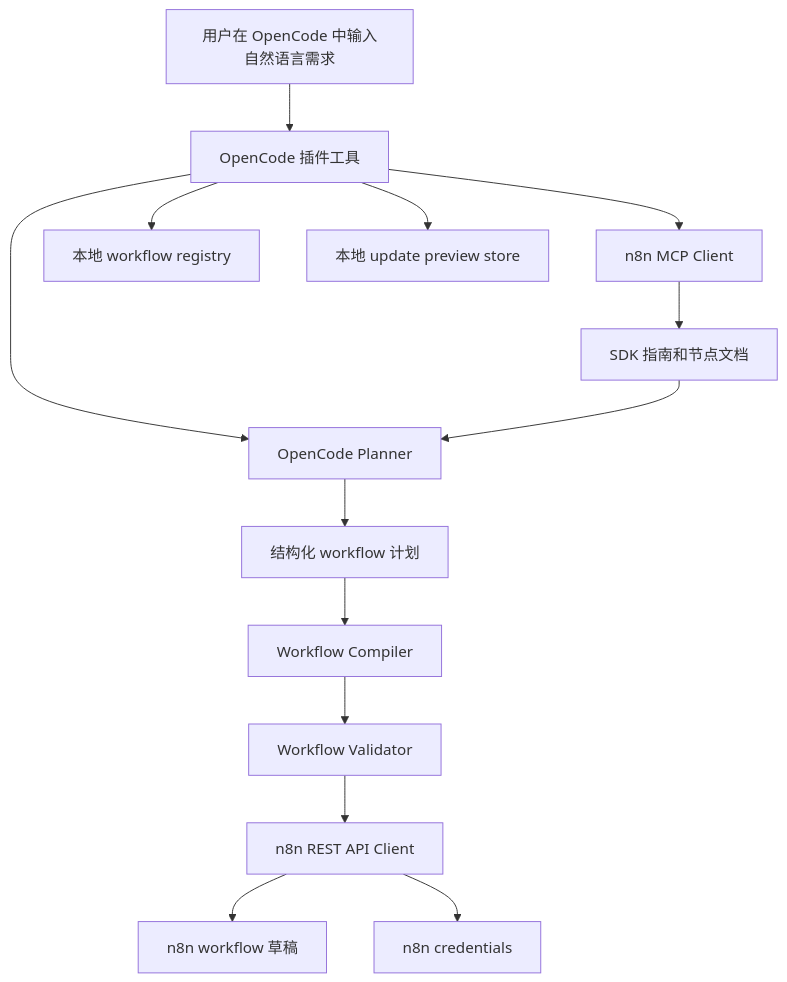
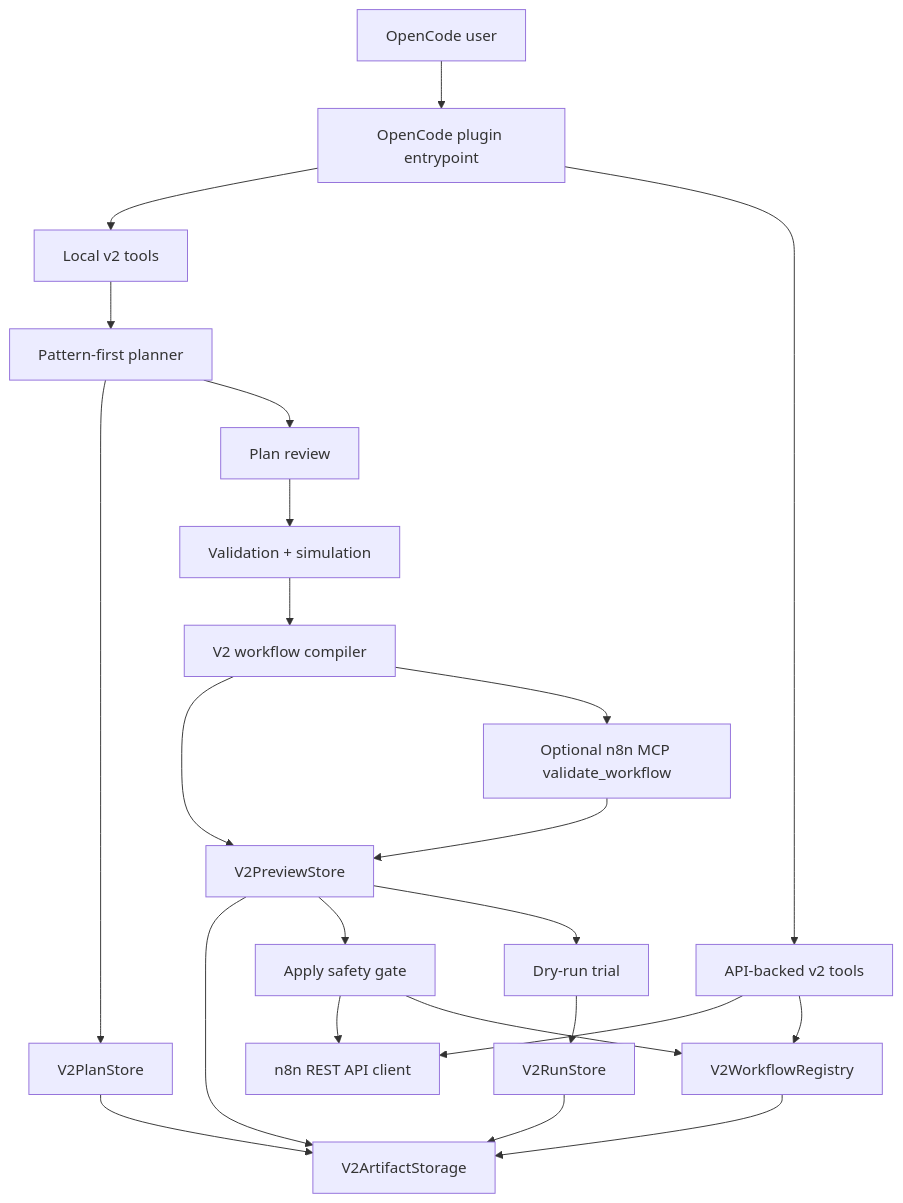
Before and after one commit to Drew1811266/OCN8N: the diagram in README.md, drawn with Mermaid. The commit also changed other lines of this file, not shown here.

````diff
--- a/README.md
+++ b/README.md
@@ -233,16 +195,31 @@
 ```mermaid
 flowchart TD
-  User["用户在 OpenCode 中输入自然语言需求"] --> Plugin["OpenCode 插件工具"]
-  Plugin --> MCP["n8n MCP Client"]
-  Plugin --> Planner["OpenCode Planner"]
-  MCP --> NodeDocs["SDK 指南和节点文档"]
-  NodeDocs --> Planner
-  Planner --> Plan["结构化 workflow 计划"]
-  Plan --> Compiler["Workflow Compiler"]
-  Compiler --> Validator["Workflow Validator"]
-  Validator --> API["n8n REST API Client"]
-  API --> N8N["n8n workflow 草稿"]
-  API --> Credentials["n8n credentials"]
-  Plugin --> Registry["本地 workflow registry"]
-  Plugin --> PreviewStore["本地 update preview store"]
+  User["OpenCode user"] --> Plugin["OpenCode plugin entrypoint"]
+  Plugin --> LocalTools["Local v2 tools"]
+  Plugin --> ApiTools["API-backed v2 tools"]
+
+  LocalTools --> Planner["Pattern-first planner"]
+  Planner --> PlanStore["V2PlanStore"]
+  PlanStore --> Storage["V2ArtifactStorage"]
+
+  Planner --> Review["Plan review"]
+  Review --> Simulation["Validation + simulation"]
+  Simulation --> Compiler["V2 workflow compiler"]
+  Compiler --> PreviewStore["V2PreviewStore"]
+  PreviewStore --> Storage
+
+  Compiler --> McpValidation["Optional n8n MCP validate_workflow"]
+  McpValidation --> PreviewStore
+
+  ApiTools --> N8nApi["n8n REST API client"]
+  ApiTools --> Registry["V2WorkflowRegistry"]
+  Registry --> Storage
+
+  PreviewStore --> Apply["Apply safety gate"]
+  Apply --> N8nApi
+  Apply --> Registry
+
+  PreviewStore --> Trial["Dry-run trial"]
+  Trial --> RunStore["V2RunStore"]
+  RunStore --> Storage
 ```
````
